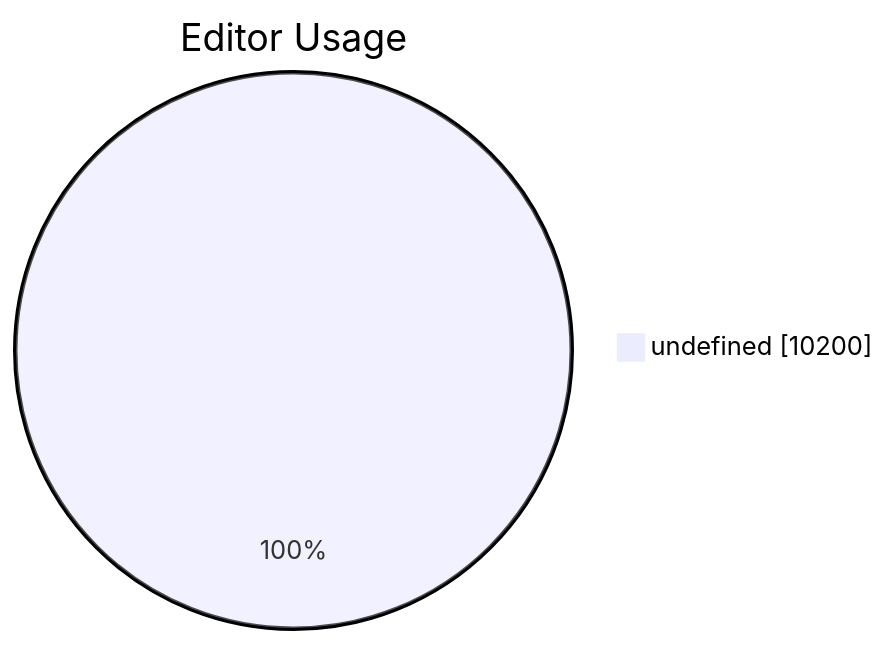
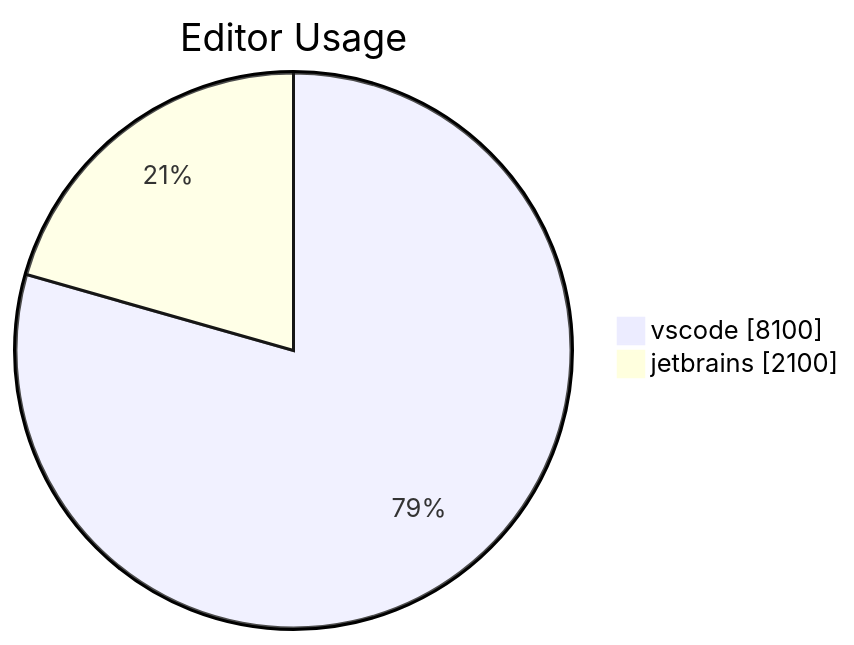
One commit to austenstone/copilot-usage changed the fourth of 4 diagrams in __tests__/mock/enterprise-usage-summary.md. Above: the diagram before and after it, drawn with Mermaid. The commit also changed other lines of this file and 12 other files, not shown here.

````diff
--- a/__tests__/mock/enterprise-usage-summary.md
+++ b/__tests__/mock/enterprise-usage-summary.md
@@ -55,5 +56,6 @@
 ```mermaid
 pie showData
 title Editor Usage
-    "undefined" : 10200
+    "vscode" : 8100
+"jetbrains" : 2100
 ```
````
